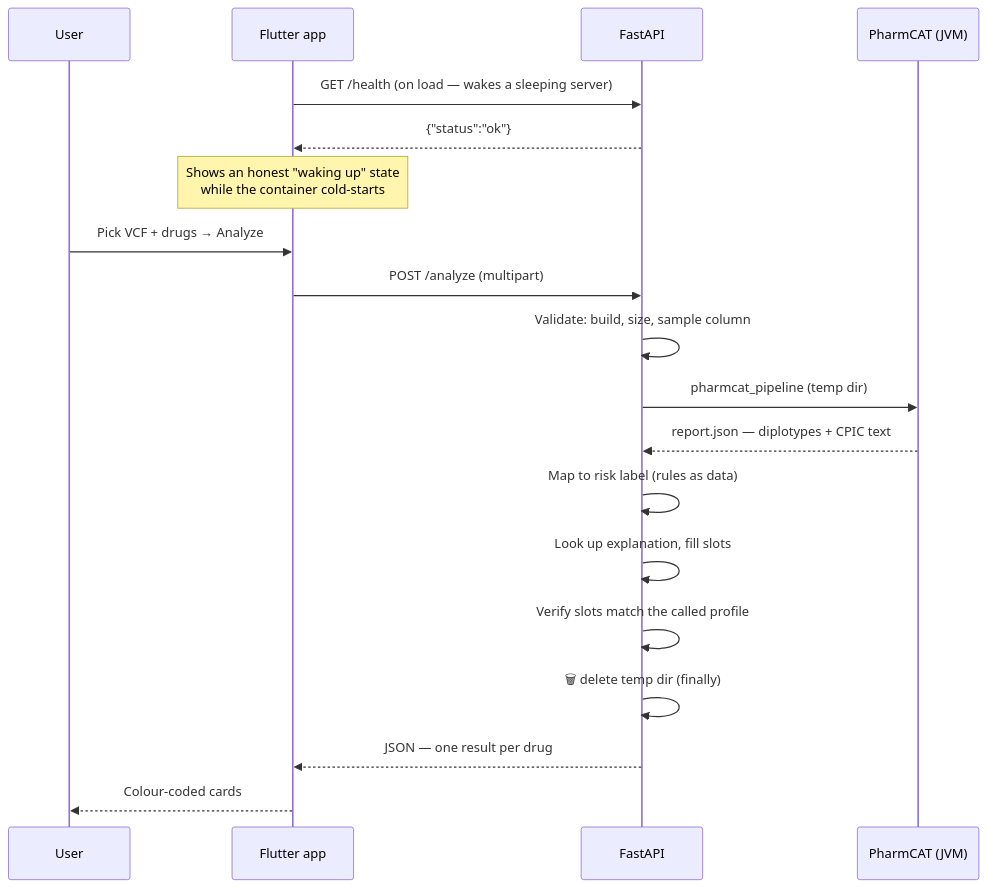
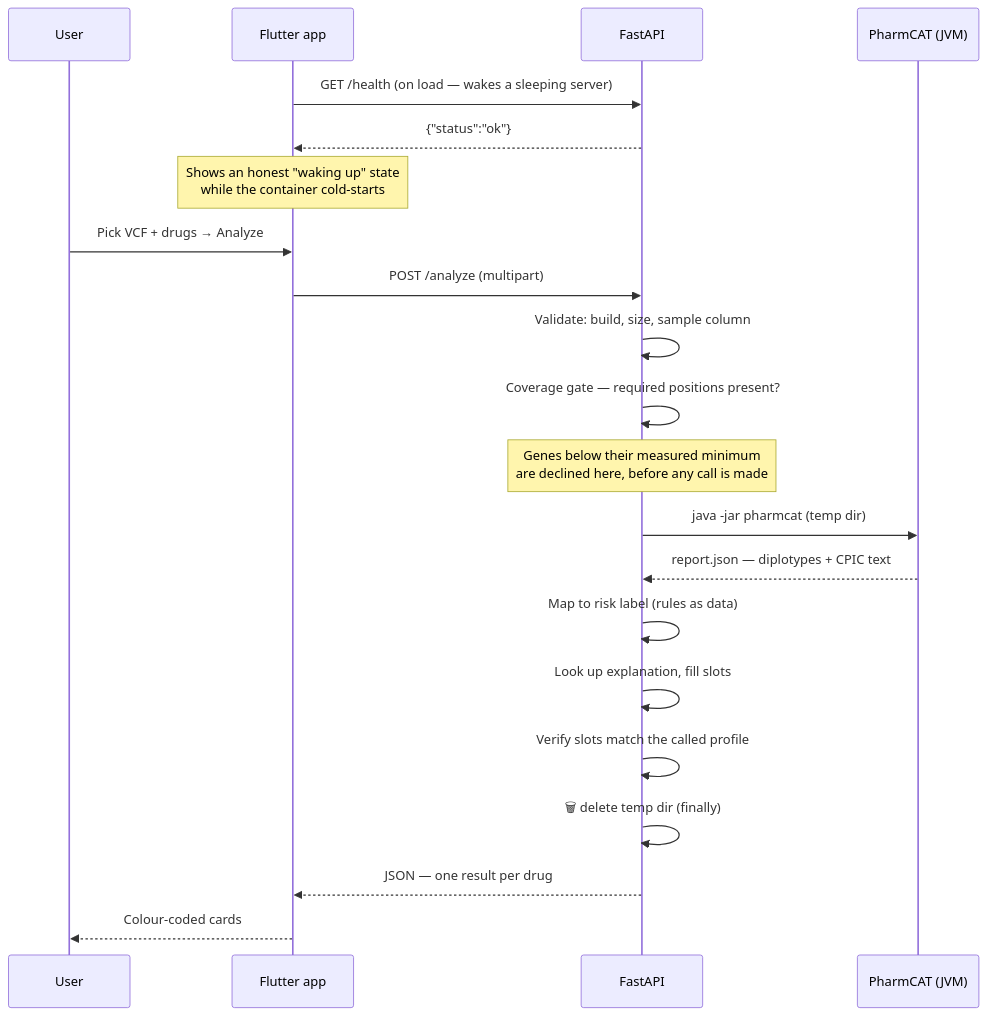
One commit to bhuvantharanath/Pharmacogenomic_Risk_Prediction_System changed the second of 2 diagrams in README.md. Above: the diagram before and after it, drawn with Mermaid. The commit also changed other lines of this file and 4 other files, not shown here.

````diff
--- a/README.md
+++ b/README.md
@@ -86,23 +96,25 @@
 ```mermaid
 sequenceDiagram
     participant U as User
     participant A as Flutter app
     participant API as FastAPI
     participant P as PharmCAT (JVM)
 
     A->>API: GET /health (on load — wakes a sleeping server)
     API-->>A: {"status":"ok"}
     Note over A: Shows an honest "waking up" state<br/>while the container cold-starts
 
     U->>A: Pick VCF + drugs → Analyze
     A->>API: POST /analyze (multipart)
     API->>API: Validate: build, size, sample column
-    API->>P: pharmcat_pipeline (temp dir)
+    API->>API: Coverage gate — required positions present?
+    Note over API: Genes below their measured minimum<br/>are declined here, before any call is made
+    API->>P: java -jar pharmcat (temp dir)
     P-->>API: report.json — diplotypes + CPIC text
     API->>API: Map to risk label (rules as data)
     API->>API: Look up explanation, fill slots
     API->>API: Verify slots match the called profile
     API->>API: 🗑 delete temp dir (finally)
     API-->>A: JSON — one result per drug
     A-->>U: Colour-coded cards
 ```
````
